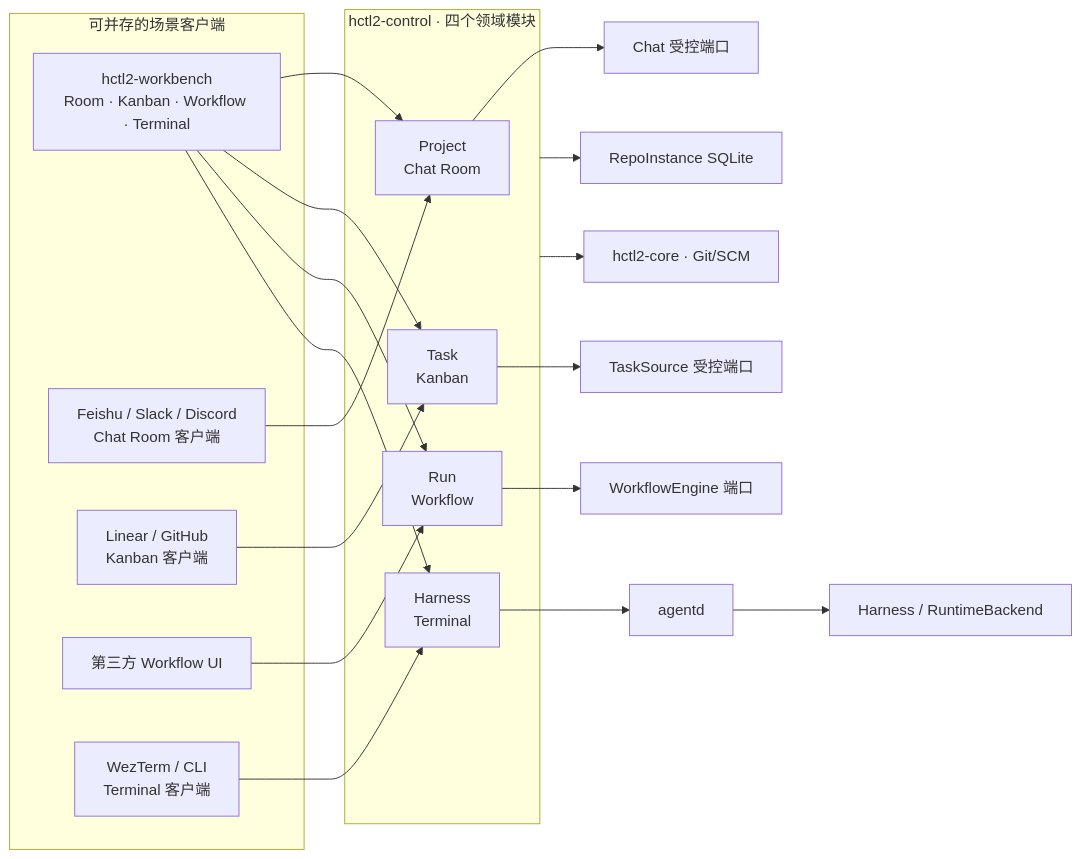
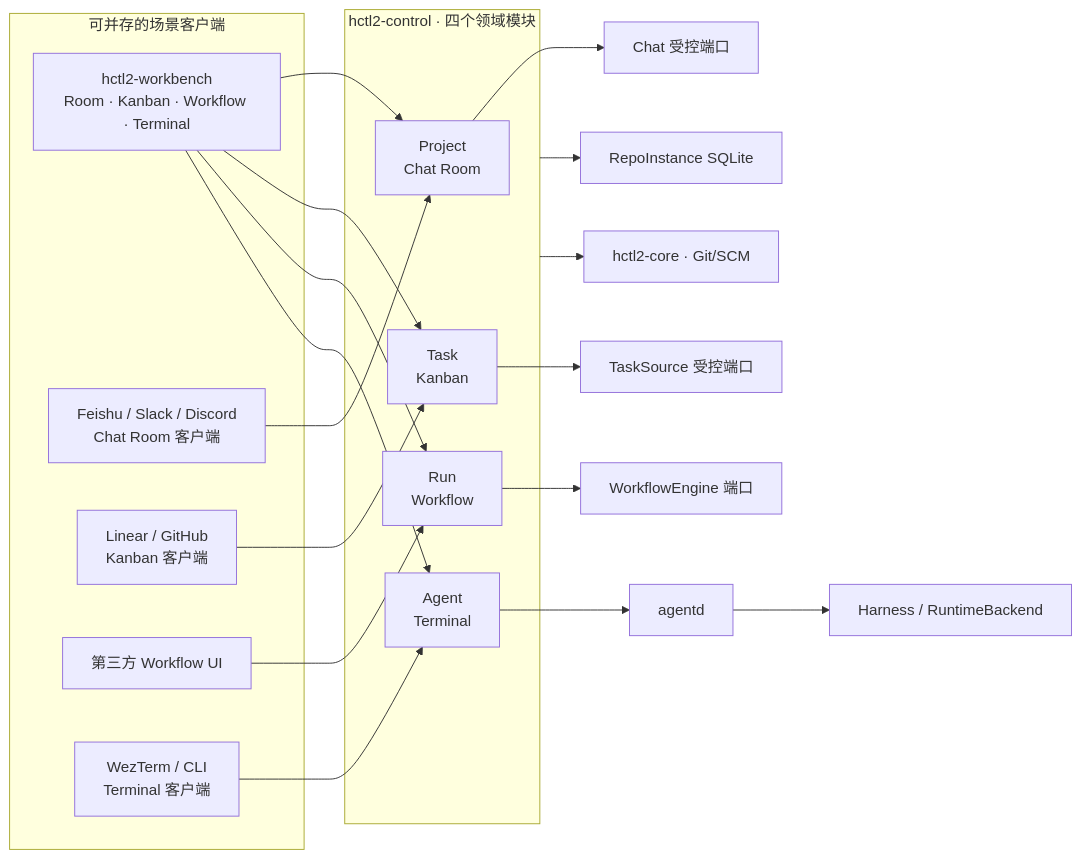
Before and after one commit to yesme/hctl2: the second of 2 diagrams in README.md, drawn with Mermaid. The commit also changed other lines of this file and 15 other files, not shown here.

Commit message:
docs: rename fourth module to Agent; Harness becomes the system role

````diff
--- a/README.md
+++ b/README.md
@@ -98,35 +98,35 @@
 ```mermaid
 flowchart LR
     subgraph Clients["可并存的场景客户端"]
         Bench["hctl2-workbench\nRoom · Kanban · Workflow · Terminal"]
         ChatClient["Feishu / Slack / Discord\nChat Room 客户端"]
         TaskClient["Linear / GitHub\nKanban 客户端"]
         WorkflowClient["第三方 Workflow UI"]
         TerminalClient["WezTerm / CLI\nTerminal 客户端"]
     end
 
     subgraph Control["hctl2-control · 四个领域模块"]
         P["Project\nChat Room"]
         T["Task\nKanban"]
         R["Run\nWorkflow"]
-        H["Harness\nTerminal"]
+        H["Agent\nTerminal"]
     end
 
     Bench --> P
     Bench --> T
     Bench --> R
     Bench --> H
     ChatClient --> P
     TaskClient --> T
     WorkflowClient --> R
     TerminalClient --> H
 
     P --> ChatPort["Chat 受控端口"]
     T --> TaskSource["TaskSource 受控端口"]
     R --> Engine["WorkflowEngine 端口"]
     H --> Agentd["agentd"]
     Agentd --> Runtime["Harness / RuntimeBackend"]
 
     Control --> DB["RepoInstance SQLite"]
     Control --> Core["hctl2-core · Git/SCM"]
 ```
````
